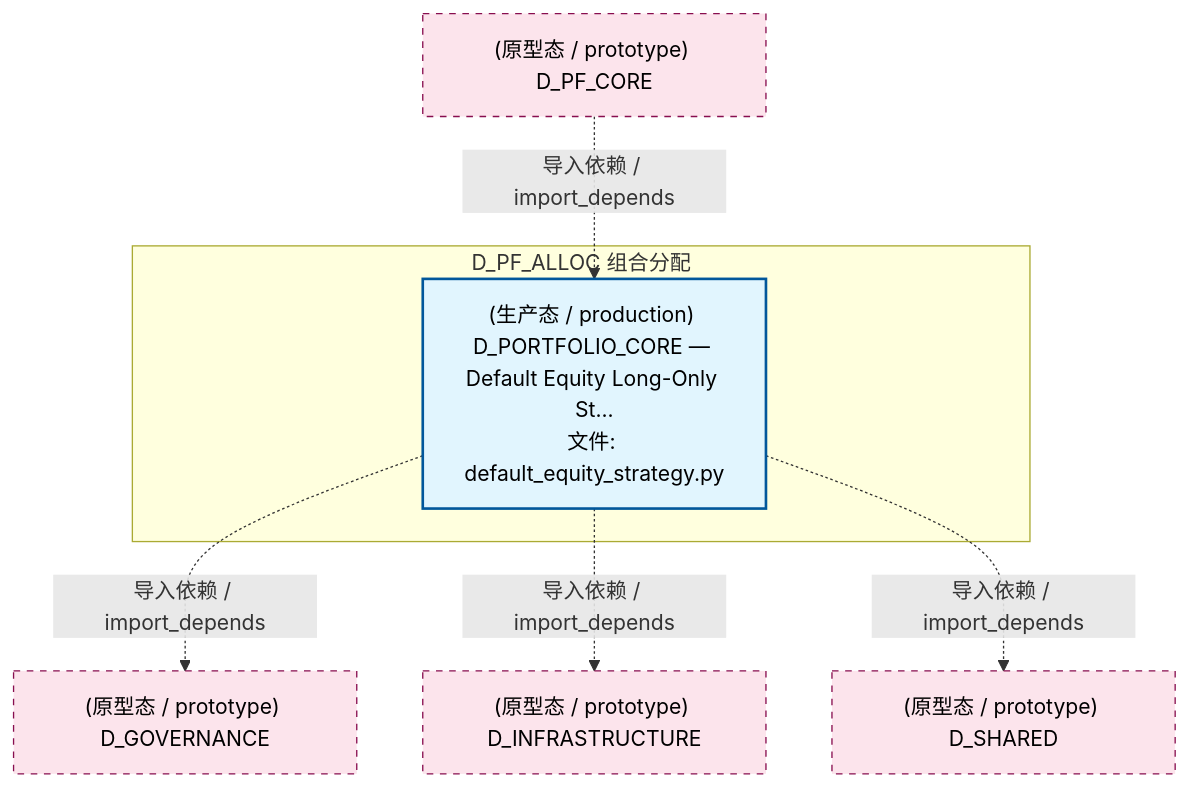
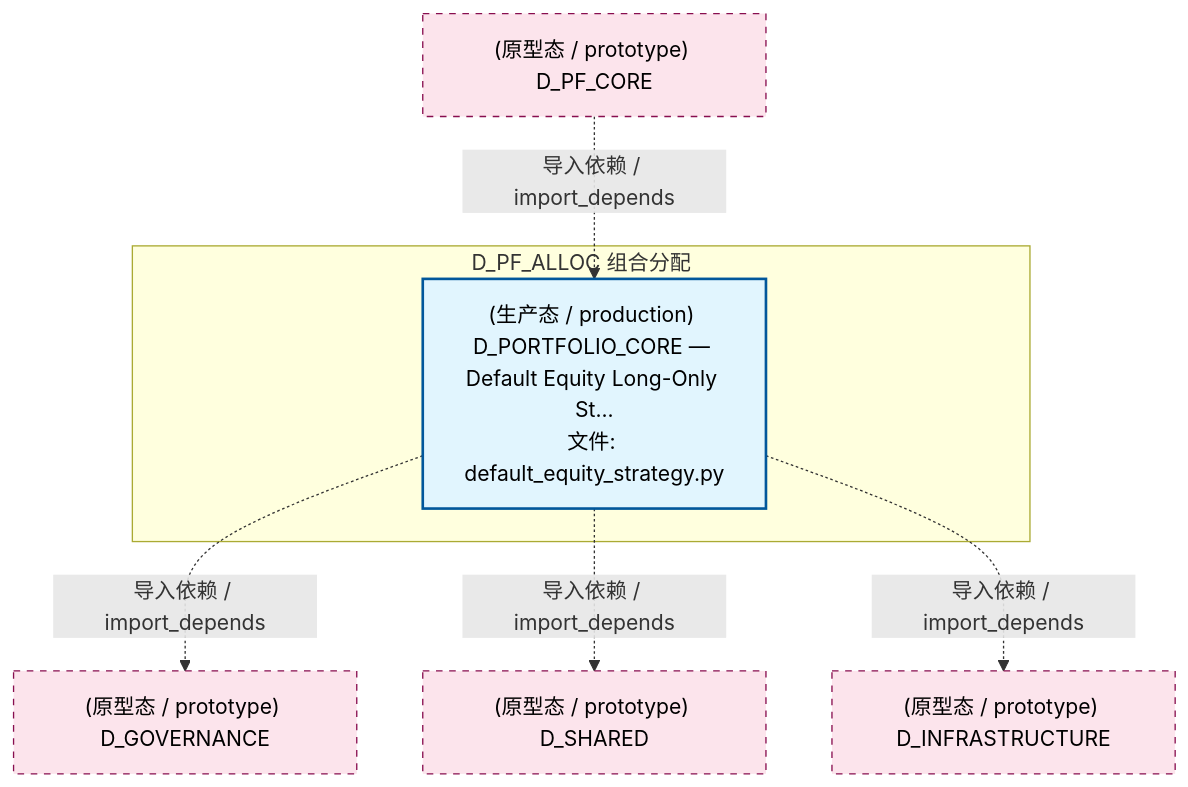
Before and after one commit to xuanFelixVan/ZephyrAlpha: the second of 5 diagrams in docs/02_enterprise_architecture/02_domain_architecture_docs/51_d_pf_alloc.md, drawn with Mermaid. The commit also changed other lines of this file and 126 other files, not shown here.

````diff
--- a/docs/02_enterprise_architecture/02_domain_architecture_docs/51_d_pf_alloc.md
+++ b/docs/02_enterprise_architecture/02_domain_architecture_docs/51_d_pf_alloc.md
@@ -110,20 +110,20 @@
 ```mermaid
 graph TD
     subgraph D_PF_ALLOC["D_PF_ALLOC 组合分配"]
         src_zephyr_pf_core_default_equity_strategy_py["(生产态 / production) D_PORTFOLIO_CORE — Default Equity Long-Only St...<br/>文件: default_equity_strategy.py"]
     end
     D_GOVERNANCE["(原型态 / prototype) D_GOVERNANCE"]
     src_zephyr_pf_core_default_equity_strategy_py -.->|导入依赖 / import_depends| D_GOVERNANCE
+    D_SHARED["(原型态 / prototype) D_SHARED"]
+    src_zephyr_pf_core_default_equity_strategy_py -.->|导入依赖 / import_depends| D_SHARED
     D_INFRASTRUCTURE["(原型态 / prototype) D_INFRASTRUCTURE"]
     src_zephyr_pf_core_default_equity_strategy_py -.->|导入依赖 / import_depends| D_INFRASTRUCTURE
-    D_SHARED["(原型态 / prototype) D_SHARED"]
-    src_zephyr_pf_core_default_equity_strategy_py -.->|导入依赖 / import_depends| D_SHARED
     D_PF_CORE["(原型态 / prototype) D_PF_CORE"]
     D_PF_CORE -.->|导入依赖 / import_depends| src_zephyr_pf_core_default_equity_strategy_py
     classDef production fill:#e1f5fe,stroke:#01579b,stroke-width:2px,color:#000
     classDef design fill:#fff3e0,stroke:#e65100,stroke-width:2px,color:#000,stroke-dasharray: 5 5
     classDef external_prod fill:#e8f5e9,stroke:#1b5e20,stroke-width:1px,color:#000
     classDef external_design fill:#fce4ec,stroke:#880e4f,stroke-width:1px,color:#000,stroke-dasharray: 5 5
     class src_zephyr_pf_core_default_equity_strategy_py production
-    class D_GOVERNANCE,D_INFRASTRUCTURE,D_SHARED,D_PF_CORE external_design
+    class D_GOVERNANCE,D_SHARED,D_INFRASTRUCTURE,D_PF_CORE external_design
 ```
````
